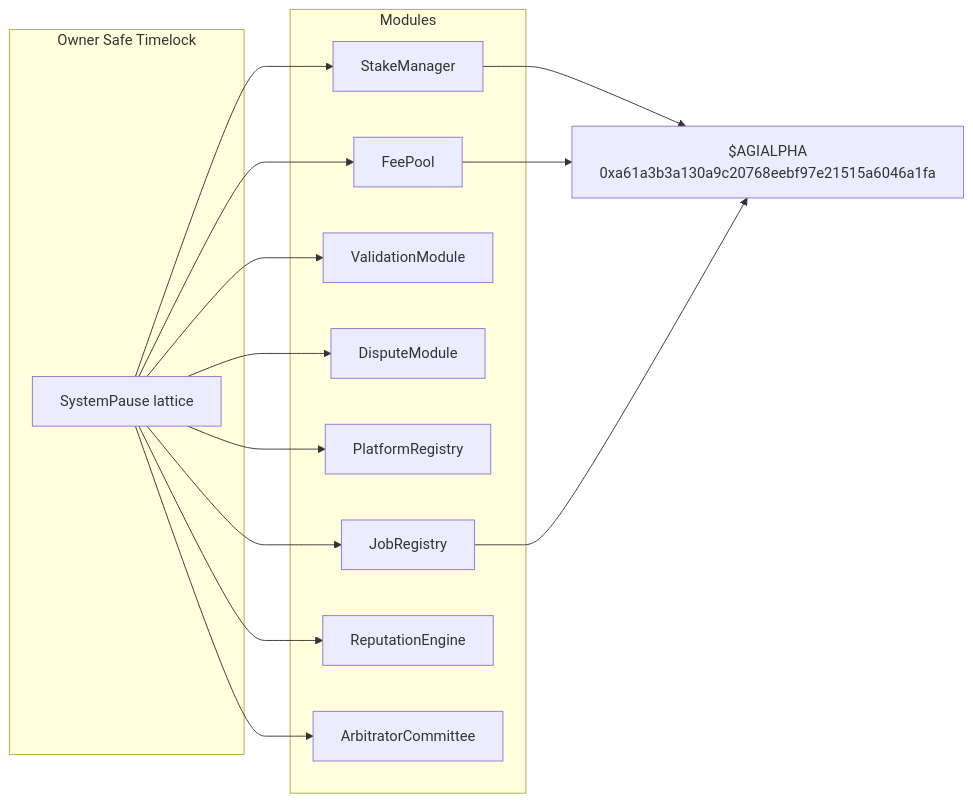
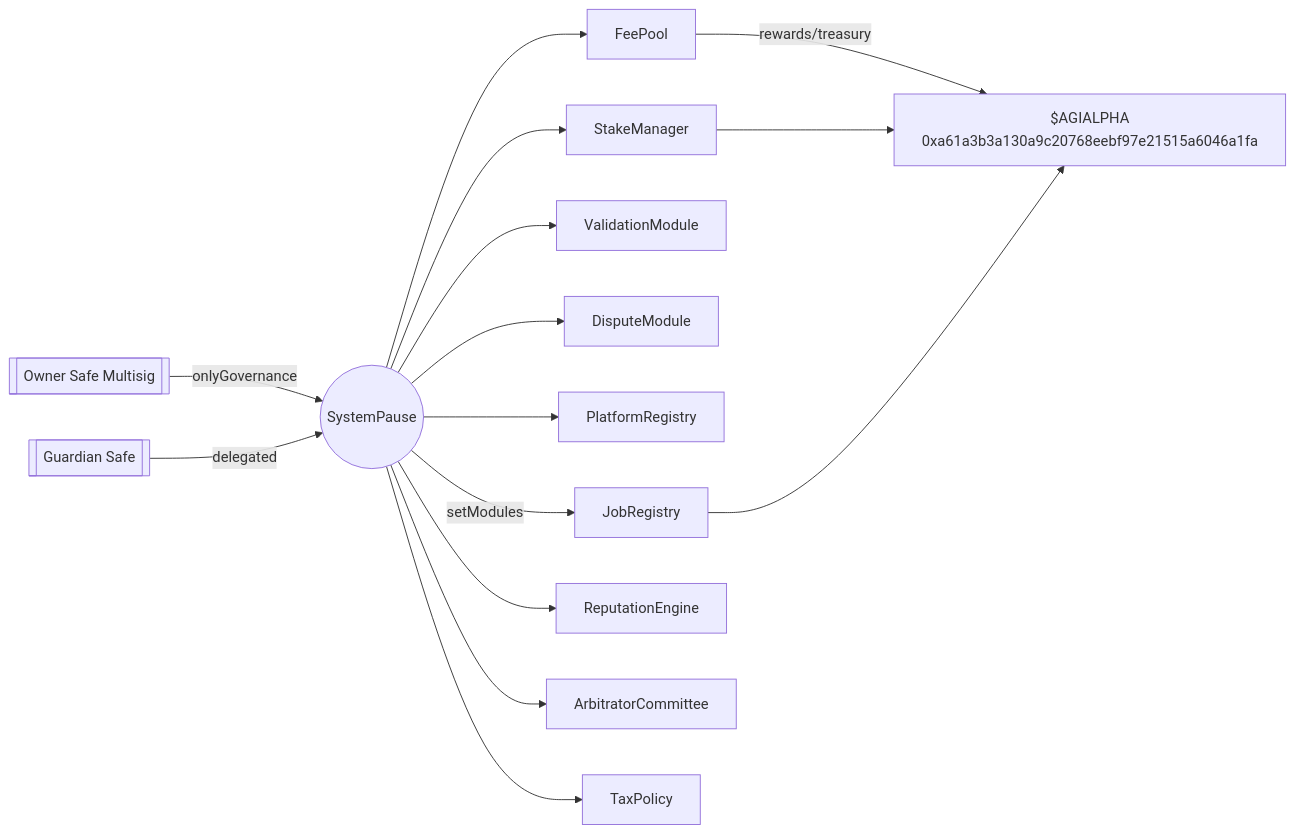
The first of 5 diagrams in foundry/README.md (MontrealAI/agijobs-sovereign-labor-v0p1), drawn with Mermaid before and after one commit. The commit also changed other lines of this file, not shown here.

````diff
--- a/foundry/README.md
+++ b/foundry/README.md
@@ -26,28 +45,17 @@
 ```mermaid
 flowchart LR
-    subgraph Safe[Owner Safe Timelock]
-        Pause[SystemPause lattice]
-    end
-    subgraph Modules
-        Job[JobRegistry]
-        Stake[StakeManager]
-        Val[ValidationModule]
-        Dispute[DisputeModule]
-        Platform[PlatformRegistry]
-        Fee[FeePool]
-        Rep[ReputationEngine]
-        Committee[ArbitratorCommittee]
-    end
-    Token[$AGIALPHA\n0xa61a3b3a130a9c20768eebf97e21515a6046a1fa]
-    Pause --> Job
-    Pause --> Stake
-    Pause --> Val
-    Pause --> Dispute
-    Pause --> Platform
-    Pause --> Fee
-    Pause --> Rep
-    Pause --> Committee
-    Stake --> Token
-    Fee --> Token
-    Job --> Token
+    OwnerSafe[[Owner Safe Multisig]] -->|onlyGovernance| SystemPause((SystemPause))
+    GuardianSafe[[Guardian Safe]] -->|delegated| SystemPause
+    SystemPause -->|setModules| JobRegistry
+    SystemPause --> StakeManager
+    SystemPause --> ValidationModule
+    SystemPause --> DisputeModule
+    SystemPause --> PlatformRegistry
+    SystemPause --> FeePool
+    SystemPause --> ReputationEngine
+    SystemPause --> ArbitratorCommittee
+    SystemPause --> TaxPolicy
+    FeePool -->|rewards/treasury| AGIALPHA[$AGIALPHA\n0xa61a3b3a130a9c20768eebf97e21515a6046a1fa]
+    StakeManager --> AGIALPHA
+    JobRegistry --> AGIALPHA
 ```
````
